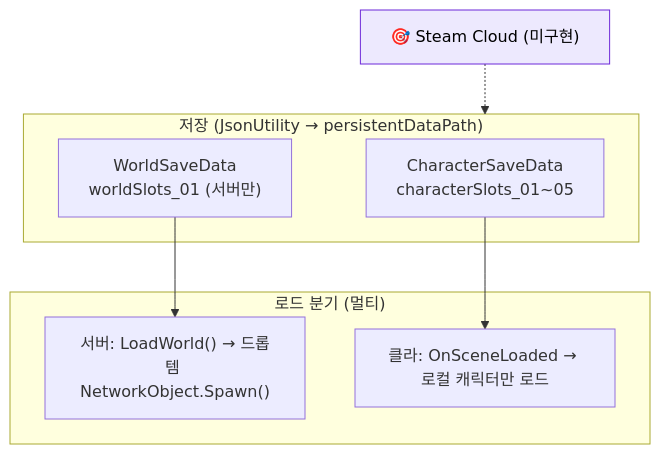
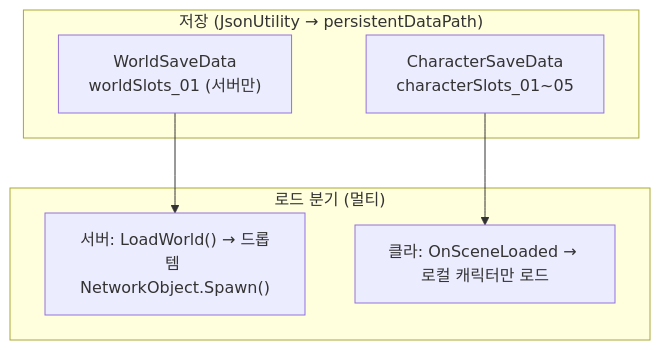
Before and after one commit to Ethaniya0912/pB: the first of 2 diagrams in Docs/game-dev-wiki/05-core-framework/save-load.md, drawn with Mermaid. The commit also changed other lines of this file and 7 other files, not shown here.

````diff
--- a/Docs/game-dev-wiki/05-core-framework/save-load.md
+++ b/Docs/game-dev-wiki/05-core-framework/save-load.md
@@ -22,16 +22,13 @@
 ```mermaid
 flowchart TB
   subgraph SAVE["저장 (JsonUtility → persistentDataPath)"]
     CSD["CharacterSaveData<br/>characterSlots_01~05"]
     WSD["WorldSaveData<br/>worldSlots_01 (서버만)"]
   end
   subgraph LOAD["로드 분기 (멀티)"]
     SV["서버: LoadWorld() → 드롭템 NetworkObject.Spawn()"]
     CL["클라: OnSceneLoaded → 로컬 캐릭터만 로드"]
   end
   CSD --> CL
   WSD --> SV
-  CLOUD["🎯 Steam Cloud (미구현)"]:::t
-  CLOUD -.-> SAVE
-  classDef t fill:#ede9fe,stroke:#6d28d9,color:#000;
 ```
````
